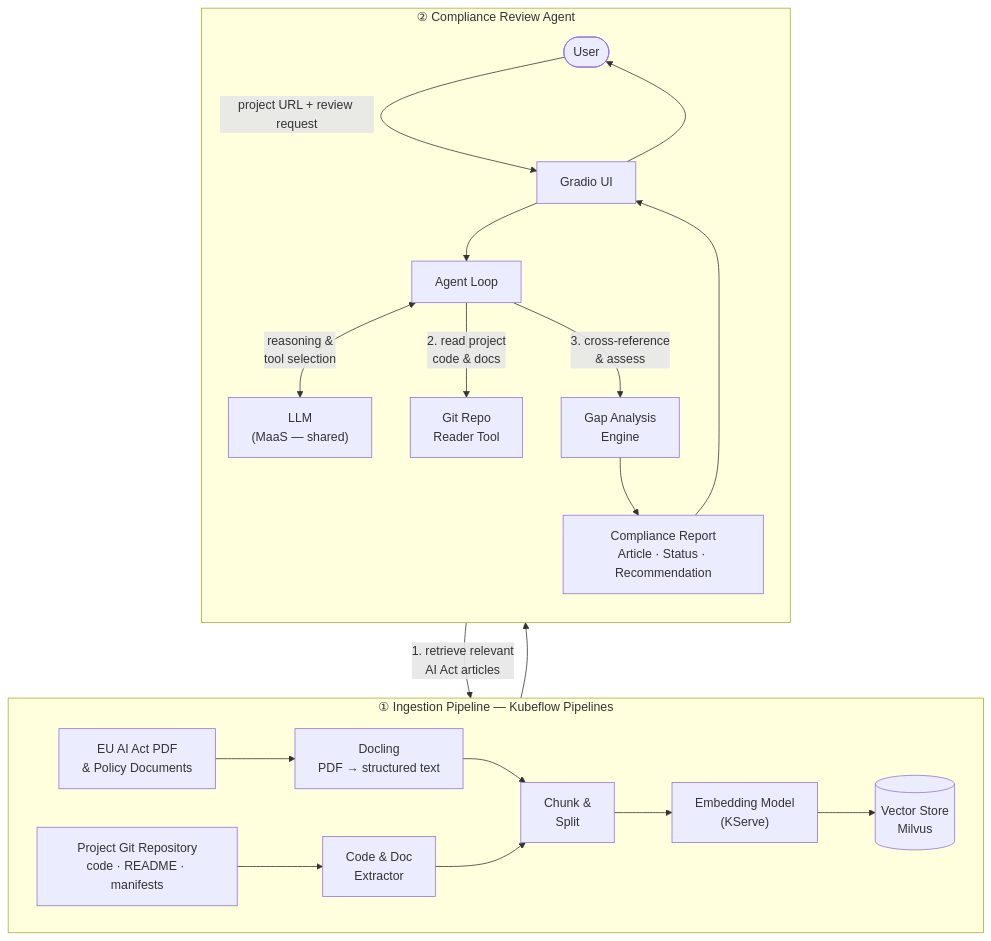
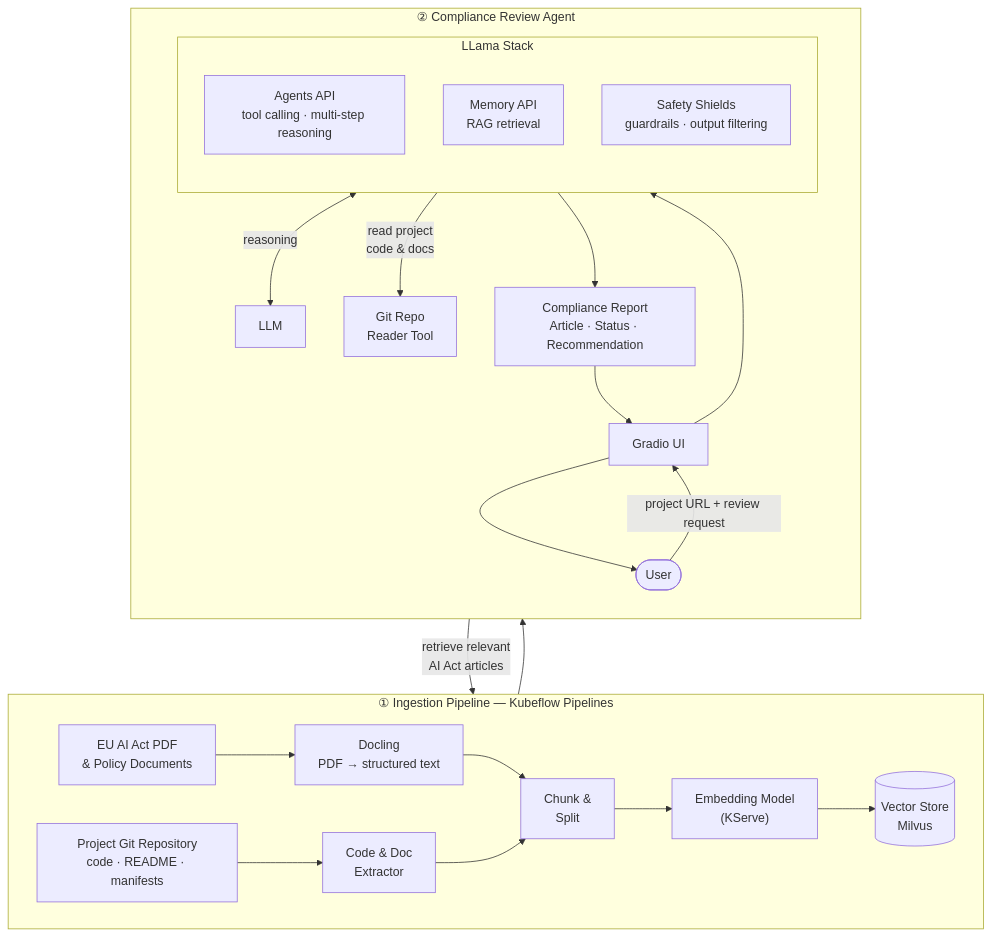
Before and after one commit to johwes/regio-ai: the diagram in eu-ai-act/architecture.mmd, drawn with Mermaid.

Commit message:
Update EU AI Act architecture: add LLama Stack, simplify LLM label
Replaces the generic agent loop with LLama Stack as the agent runtime,
showing its three relevant APIs: Agents API (tool calling), Memory API
(RAG retrieval from Milvus), and Safety Shields (guardrails).

```diff
--- a/eu-ai-act/architecture.mmd
+++ b/eu-ai-act/architecture.mmd
@@ -1,34 +1,40 @@
 graph TD
 
     subgraph Pipeline["① Ingestion Pipeline — Kubeflow Pipelines"]
         direction LR
         PDF["EU AI Act PDF\n& Policy Documents"]
         GitSrc["Project Git Repository\ncode · README · manifests"]
 
         PDF --> Docling["Docling\nPDF → structured text"]
         GitSrc --> GitEx["Code & Doc\nExtractor"]
 
         Docling --> Chunk["Chunk &\nSplit"]
         GitEx --> Chunk
 
         Chunk --> Embed["Embedding Model\n(KServe)"]
         Embed --> VS[("Vector Store\nMilvus")]
     end
 
     subgraph Agent["② Compliance Review Agent"]
         direction TB
         User(["User"]) -->|"project URL + review request"| UI["Gradio UI"]
 
-        UI --> Loop["Agent Loop"]
-        Loop <-->|"reasoning &\ntool selection"| LLM["LLM\n(MaaS — shared)"]
+        UI --> LlamaStack
 
-        Loop -->|"1. retrieve relevant\nAI Act articles"| VS
-        Loop -->|"2. read project\ncode & docs"| GitTool["Git Repo\nReader Tool"]
-        Loop -->|"3. cross-reference\n& assess"| Assess["Gap Analysis\nEngine"]
+        subgraph LlamaStack["LLama Stack"]
+            direction TB
+            AgentsAPI["Agents API\ntool calling · multi-step reasoning"]
+            MemoryAPI["Memory API\nRAG retrieval"]
+            Safety["Safety Shields\nguardrails · output filtering"]
+        end
 
-        Assess --> Report["Compliance Report\nArticle · Status · Recommendation"]
+        AgentsAPI <-->|"reasoning"| LLM["LLM"]
+        MemoryAPI -->|"retrieve relevant\nAI Act articles"| VS
+        AgentsAPI -->|"read project\ncode & docs"| GitTool["Git Repo\nReader Tool"]
+
+        LlamaStack --> Report["Compliance Report\nArticle · Status · Recommendation"]
         Report --> UI
         UI --> User
     end
 
     Pipeline --> Agent
```
